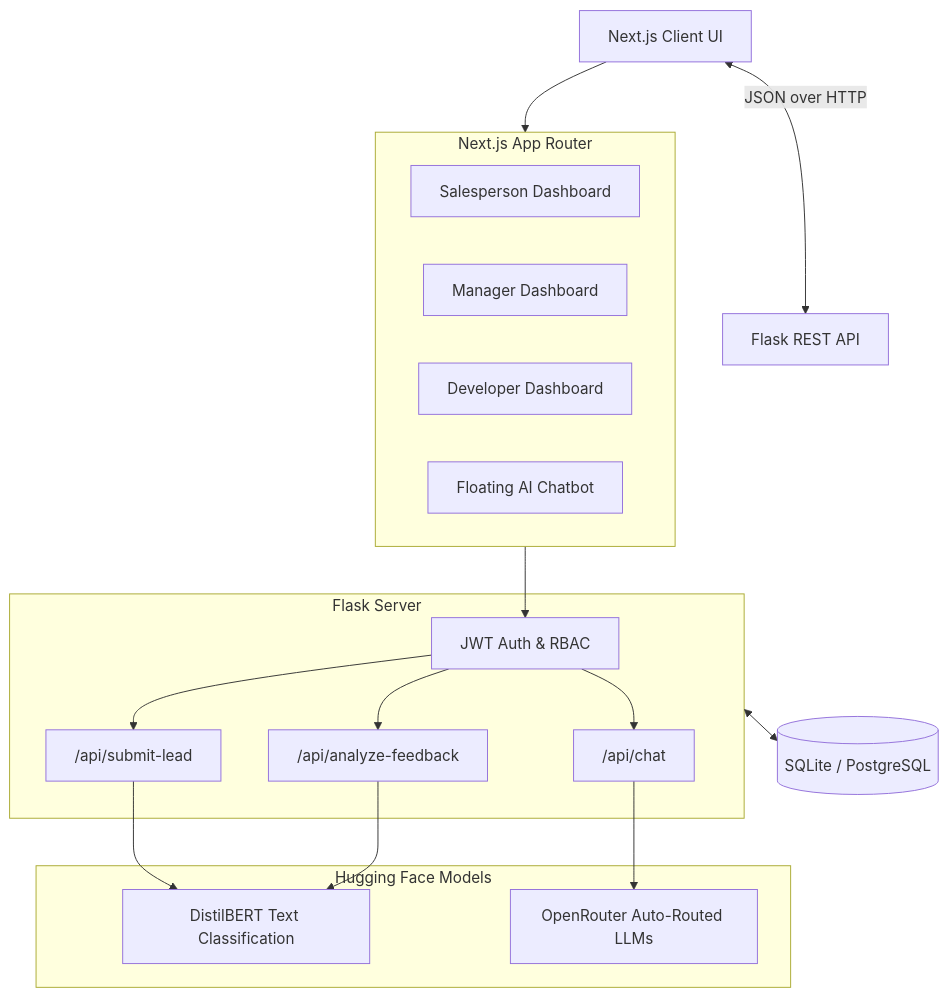
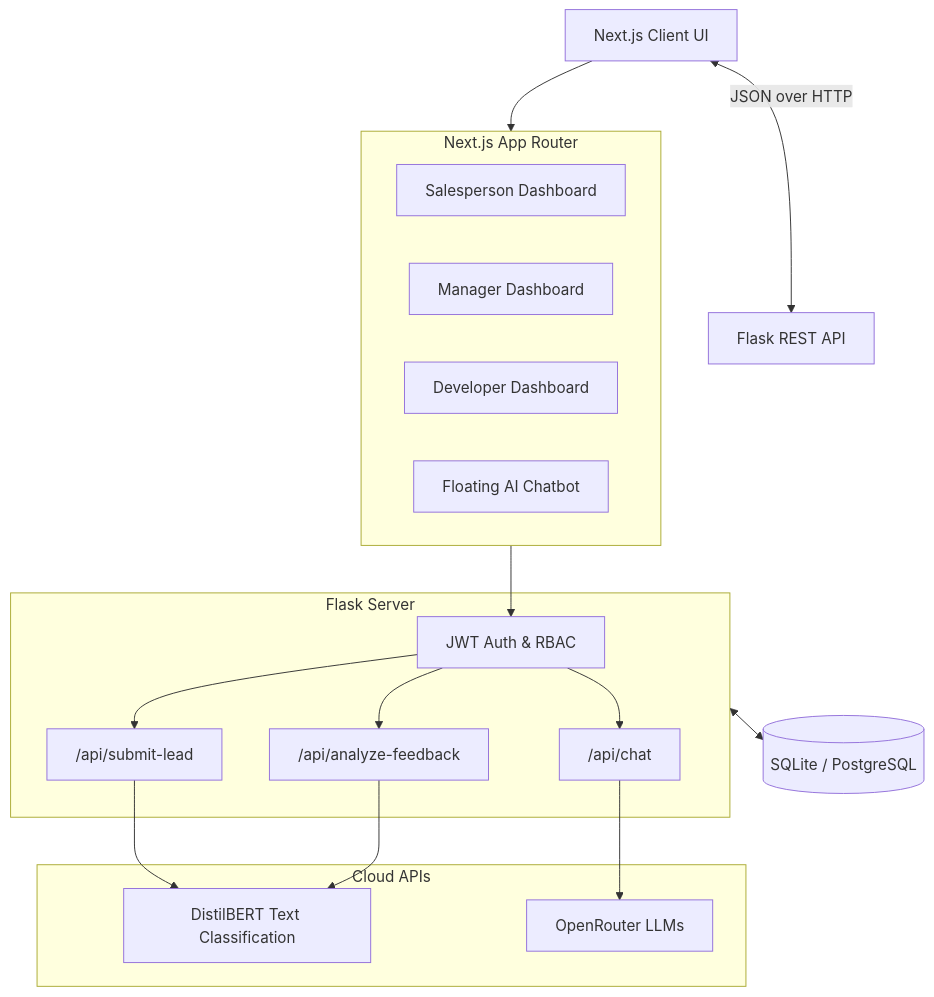
The diagram in README.md (kaizen105/insightsgreek), drawn with Mermaid before and after one commit.

Commit message:
Fix mermaid diagram syntax

````diff
--- a/README.md
+++ b/README.md
@@ -55,31 +55,31 @@
 ```mermaid
 graph TD
-    Client[Next.js Client UI] <-->|JSON over HTTP| Flask[Flask REST API]
+    Client["Next.js Client UI"] <-->|"JSON over HTTP"| Flask["Flask REST API"]
     
-    subgraph Frontend [Next.js App Router]
-        SalesDashboard[Salesperson Dashboard]
-        ManagerDashboard[Manager Dashboard]
-        DevDashboard[Developer Dashboard]
-        ChatWidget[Floating AI Chatbot]
+    subgraph Frontend ["Next.js App Router"]
+        SalesDashboard["Salesperson Dashboard"]
+        ManagerDashboard["Manager Dashboard"]
+        DevDashboard["Developer Dashboard"]
+        ChatWidget["Floating AI Chatbot"]
     end
     
-    subgraph Backend [Flask Server]
+    subgraph Backend ["Flask Server"]
         Auth["JWT Auth & RBAC"]
         LeadRouter["/api/submit-lead"]
         FeedbackRouter["/api/analyze-feedback"]
         ChatRouter["/api/chat"]
     end
     
-    subgraph External [Hugging Face Models]
-        DistilBERT[DistilBERT Text Classification]
-        OpenRouter[OpenRouter Auto-Routed LLMs]
+    subgraph External ["Cloud APIs"]
+        DistilBERT["DistilBERT Text Classification"]
+        OpenRouter["OpenRouter LLMs"]
     end
 
     Client --> Frontend
     Frontend --> Auth
     Auth --> LeadRouter & FeedbackRouter & ChatRouter
     LeadRouter & FeedbackRouter --> DistilBERT
     ChatRouter --> OpenRouter
     
-    Backend <--> Database[(SQLite / PostgreSQL)]
+    Backend <--> Database[("SQLite / PostgreSQL")]
 ```
````
